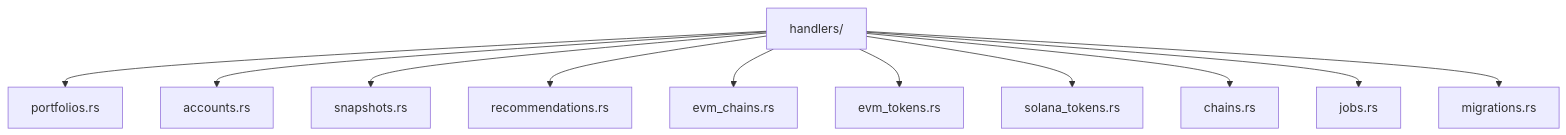
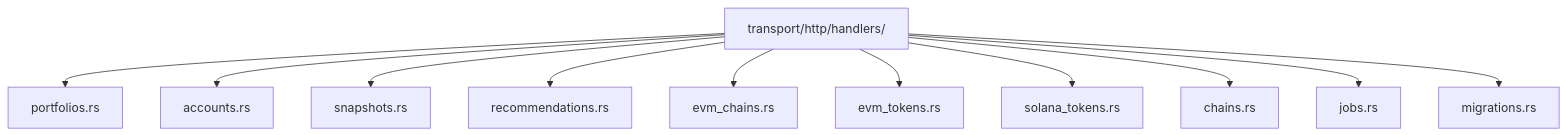
One commit to doitsu2014/crypto-pocket-butler changed the third of 4 diagrams in docs/architecture/01-architecture-design/04-code-structure.md. Above: the diagram before and after it, drawn with Mermaid. The commit also changed other lines of this file and 2 other files, not shown here.

First line of the commit message:
Update architecture docs to reflect Clean Architecture structure (#182)

````diff
--- a/docs/architecture/01-architecture-design/04-code-structure.md
+++ b/docs/architecture/01-architecture-design/04-code-structure.md
@@ -61,14 +60,14 @@
 ```mermaid
 graph TD
-    H[handlers/]
+    H[transport/http/handlers/]
     H --> PF[portfolios.rs]
     H --> AC[accounts.rs]
     H --> SN[snapshots.rs]
     H --> RC[recommendations.rs]
     H --> EC[evm_chains.rs]
     H --> ET[evm_tokens.rs]
     H --> ST[solana_tokens.rs]
     H --> CH[chains.rs]
     H --> JB[jobs.rs]
     H --> MG[migrations.rs]
 ```
````
